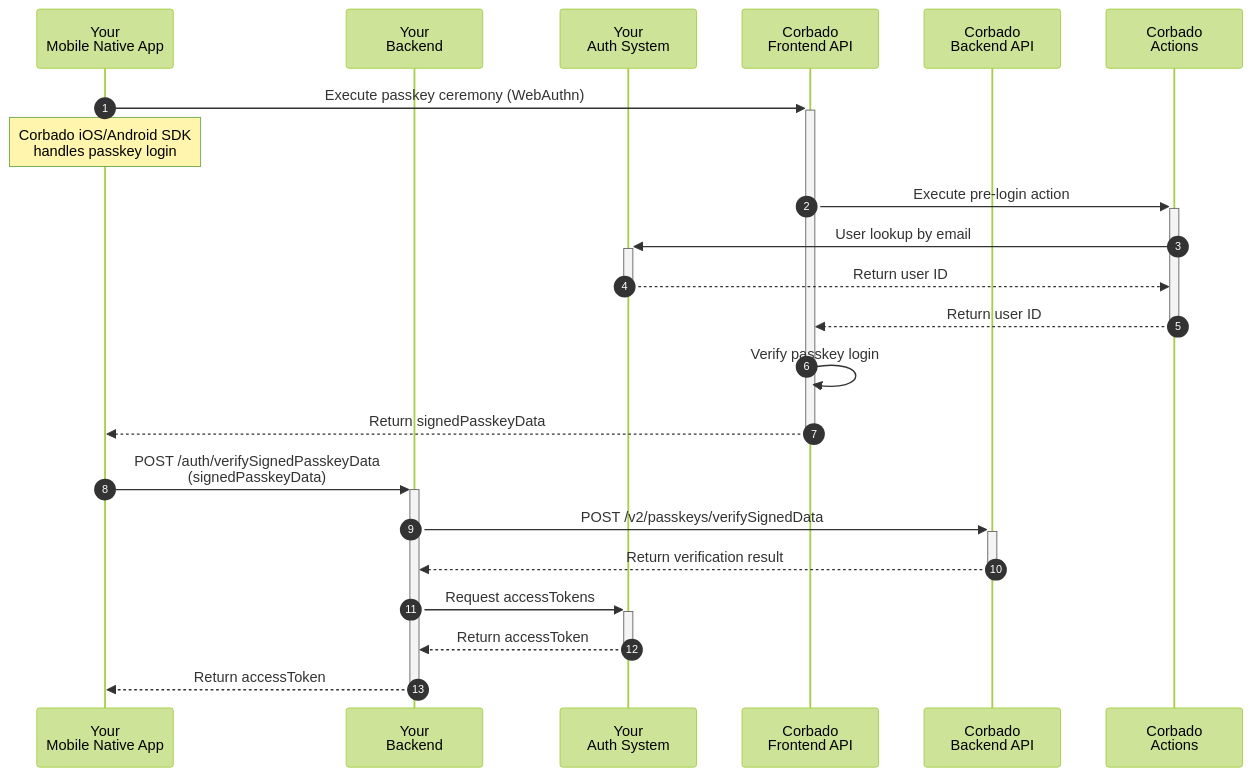
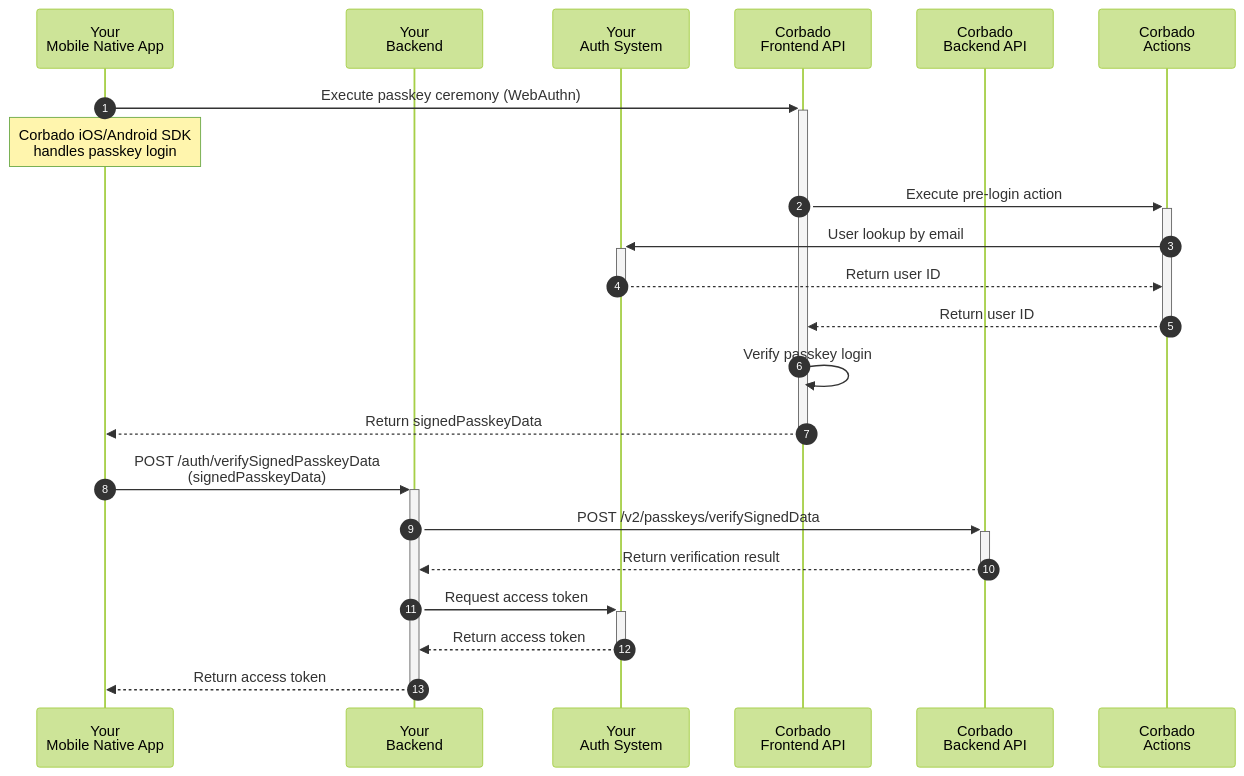
The second of 3 diagrams in corbado-connect/integration/generic/native-mobile.mdx (corbadotech/docs), drawn with Mermaid (forest theme) before and after one commit. The commit also changed other lines of this file and 2 other files, not shown here.

Commit message:
Rename access token to access token

````diff
--- a/corbado-connect/integration/generic/native-mobile.mdx
+++ b/corbado-connect/integration/generic/native-mobile.mdx
@@ -468,26 +468,26 @@
 ```mermaid
 sequenceDiagram
     autonumber
     participant App as Your<br/>Mobile Native App
     participant Backend as Your<br/>Backend
     participant IdP as Your<br/>Auth System
     participant FAPI as Corbado<br/>Frontend API
     participant BAPI as Corbado<br/>Backend API
     participant Actions as Corbado<br/>Actions
 
     App->>+FAPI: Execute passkey ceremony (WebAuthn)
     Note over App: Corbado iOS/Android SDK<br/>handles passkey login
     FAPI->>+Actions: Execute pre-login action
     Actions->>+IdP: User lookup by email
     IdP-->>-Actions: Return user ID
     Actions-->>-FAPI: Return user ID
     FAPI->>FAPI: Verify passkey login
     FAPI-->>-App: Return signedPasskeyData
 
     App->>+Backend: POST /auth/verifySignedPasskeyData<br/>(signedPasskeyData)
     Backend->>+BAPI: POST /v2/passkeys/verifySignedData
     BAPI-->>-Backend: Return verification result
-    Backend->>+IdP: Request accessTokens
-    IdP-->>-Backend: Return accessToken
-    Backend-->>-App: Return accessToken
+    Backend->>+IdP: Request access token
+    IdP-->>-Backend: Return access token
+    Backend-->>-App: Return access token
 ```
````
